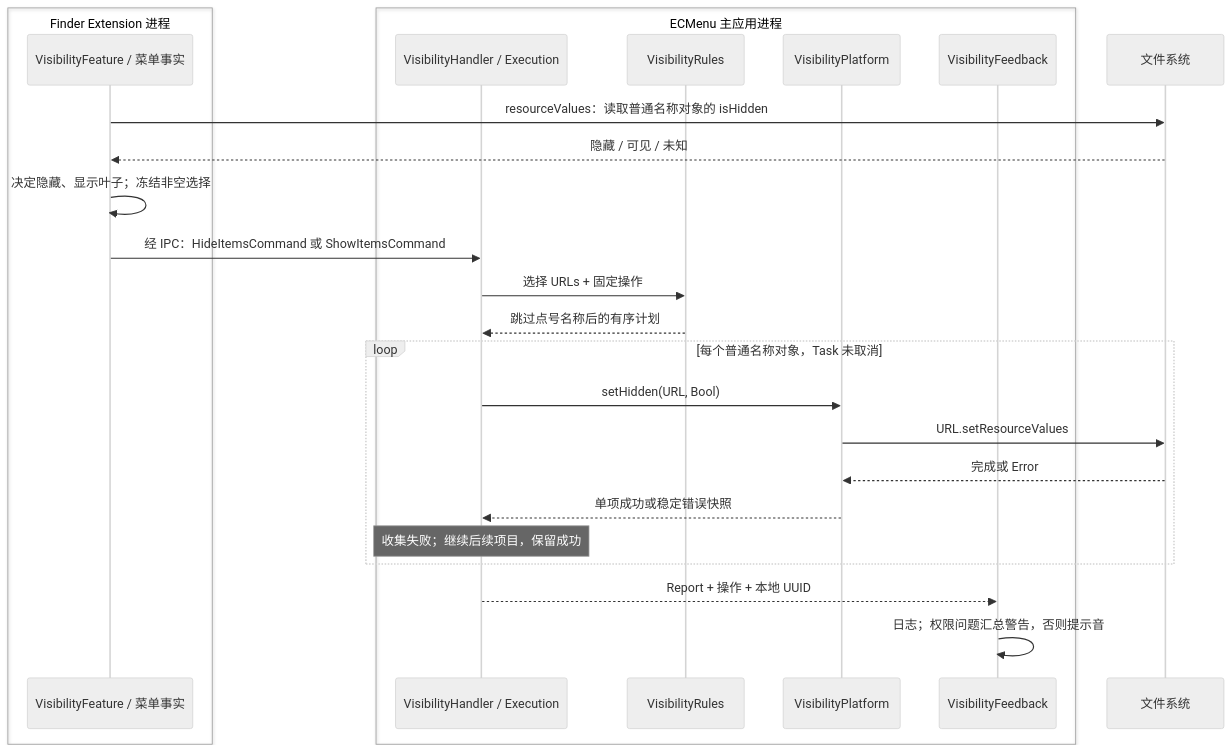
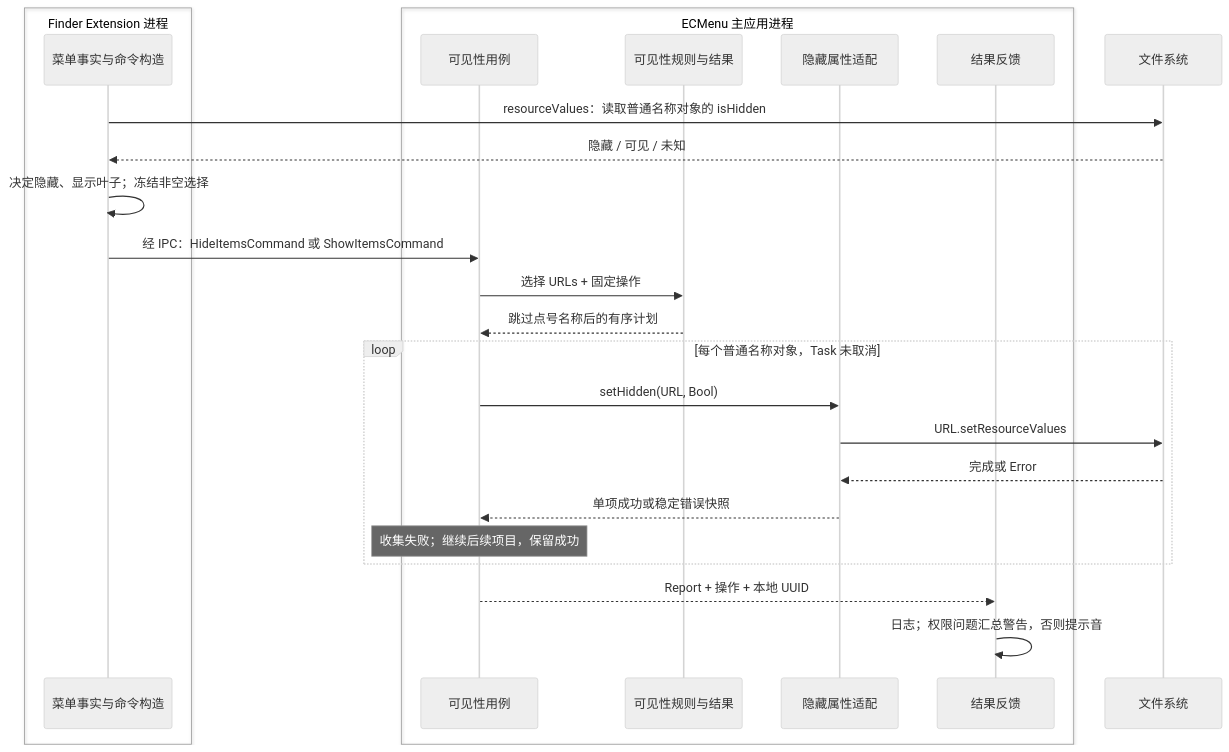
Before and after one commit to tlb-22/mac-tool-ecmenu: the diagram in spec/Technical/Features/Visibility.md, drawn with Mermaid (neutral theme). The commit also changed other lines of this file and 38 other files, not shown here.

````diff
--- a/spec/Technical/Features/Visibility.md
+++ b/spec/Technical/Features/Visibility.md
@@ -7,28 +7,28 @@
 ```mermaid
 sequenceDiagram
     box Finder Extension 进程
-        participant E as VisibilityFeature / 菜单事实
+        participant E as 菜单事实与命令构造
     end
     box ECMenu 主应用进程
-        participant H as VisibilityHandler / Execution
-        participant R as VisibilityRules
-        participant P as VisibilityPlatform
-        participant F as VisibilityFeedback
+        participant H as 可见性用例
+        participant R as 可见性规则与结果
+        participant P as 隐藏属性适配
+        participant F as 结果反馈
     end
     participant S as 文件系统
     E->>S: resourceValues：读取普通名称对象的 isHidden
     S-->>E: 隐藏 / 可见 / 未知
     E->>E: 决定隐藏、显示叶子；冻结非空选择
     E->>H: 经 IPC：HideItemsCommand 或 ShowItemsCommand
     H->>R: 选择 URLs + 固定操作
     R-->>H: 跳过点号名称后的有序计划
     loop 每个普通名称对象，Task 未取消
         H->>P: setHidden(URL, Bool)
         P->>S: URL.setResourceValues
         S-->>P: 完成或 Error
         P-->>H: 单项成功或稳定错误快照
         Note over H: 收集失败；继续后续项目，保留成功
     end
     H-->>F: Report + 操作 + 本地 UUID
     F->>F: 日志；权限问题汇总警告，否则提示音
 ```
````
